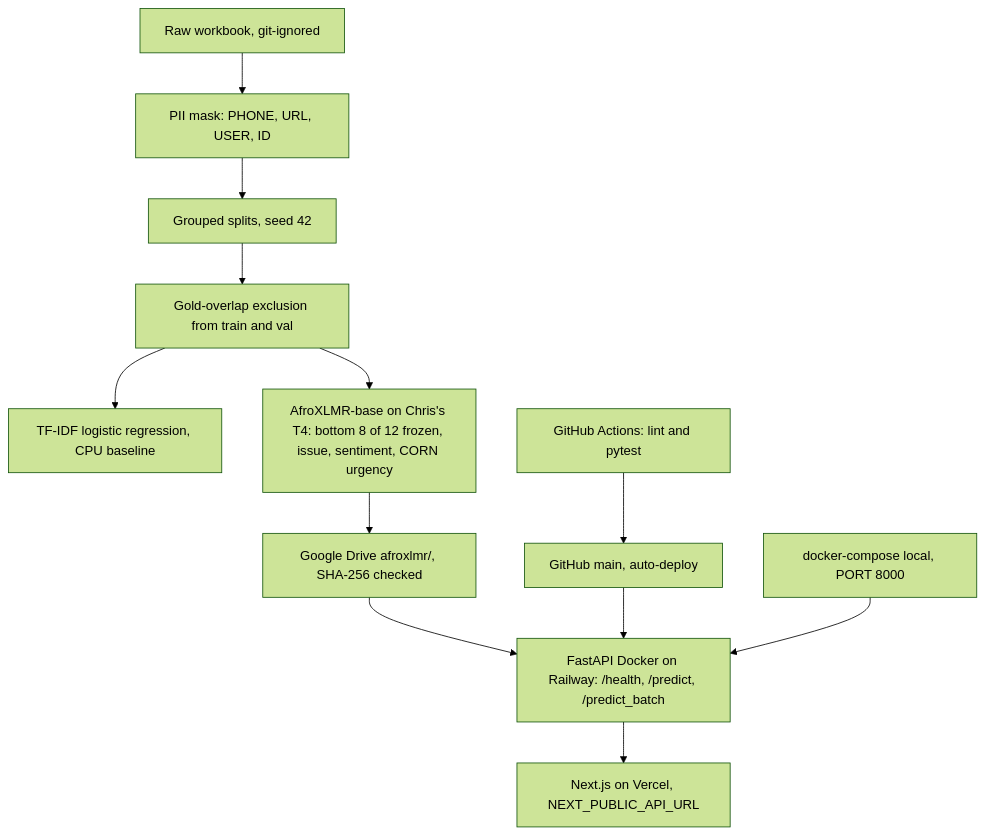
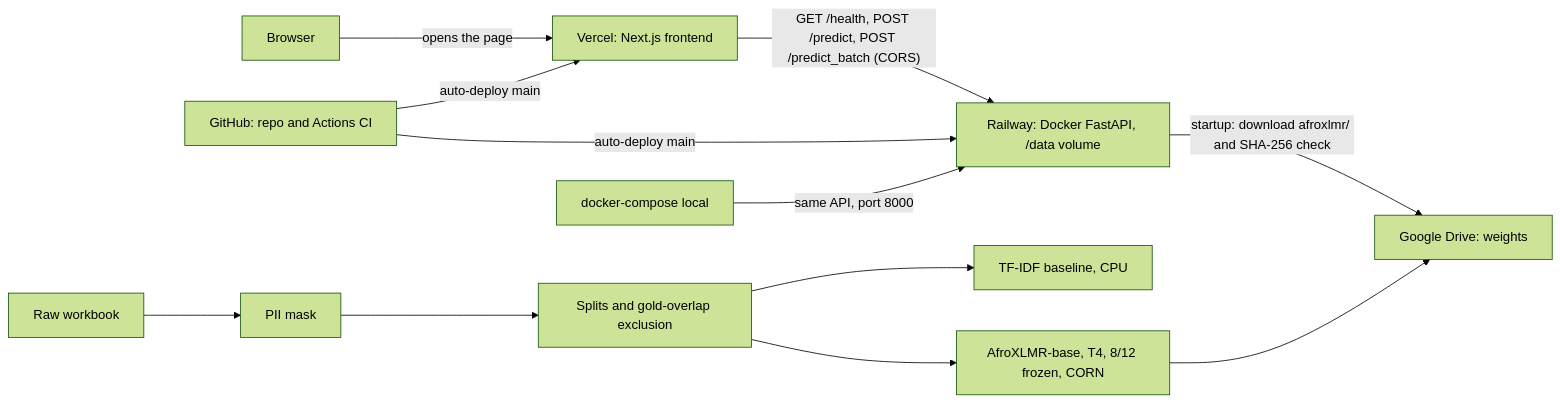
One commit to ChristopherKiokoStrathmore/-DSA8401---ML-CAPSTONE-PROJECT- changed the diagram in README.md. Above: the diagram before and after it, drawn with Mermaid (forest theme). The commit also changed 5 other files, not shown here.

First line of the commit message:
Rebuild the submission cover with the live architecture and test metrics.

````diff
--- a/README.md
+++ b/README.md
@@ -11,14 +11,13 @@
 ```mermaid
-flowchart TD
-  raw["Raw workbook, git-ignored"] --> mask["PII mask: PHONE, URL, USER, ID"]
-  mask --> splits["Grouped splits, seed 42"]
-  splits --> gold["Gold-overlap exclusion from train and val"]
-  gold --> tfidf["TF-IDF logistic regression, CPU baseline"]
-  gold --> t4["AfroXLMR-base on Chris's T4: bottom 8 of 12 frozen, issue, sentiment, CORN urgency"]
-  t4 --> drive["Google Drive afroxlmr/, SHA-256 checked"]
-  drive --> api["FastAPI Docker on Railway: /health, /predict, /predict_batch"]
-  api --> web["Next.js on Vercel, NEXT_PUBLIC_API_URL"]
-  ci["GitHub Actions: lint and pytest"] --> main["GitHub main, auto-deploy"]
-  main --> api
-  compose["docker-compose local, PORT 8000"] --> api
+flowchart LR
+  browser["Browser"] -->|"opens the page"| vercel["Vercel: Next.js frontend"]
+  vercel -->|"GET /health, POST /predict, POST /predict_batch (CORS)"| railway["Railway: Docker FastAPI, /data volume"]
+  railway -->|"startup: download afroxlmr/ and SHA-256 check"| drive["Google Drive: weights"]
+  gh["GitHub: repo and Actions CI"] -->|"auto-deploy main"| railway
+  gh -->|"auto-deploy main"| vercel
+  raw["Raw workbook"] --> mask["PII mask"] --> splits["Splits and gold-overlap exclusion"]
+  splits --> tfidf["TF-IDF baseline, CPU"]
+  splits --> t4["AfroXLMR-base, T4, 8/12 frozen, CORN"]
+  t4 --> drive
+  compose["docker-compose local"] -->|"same API, port 8000"| railway
 ```
````
